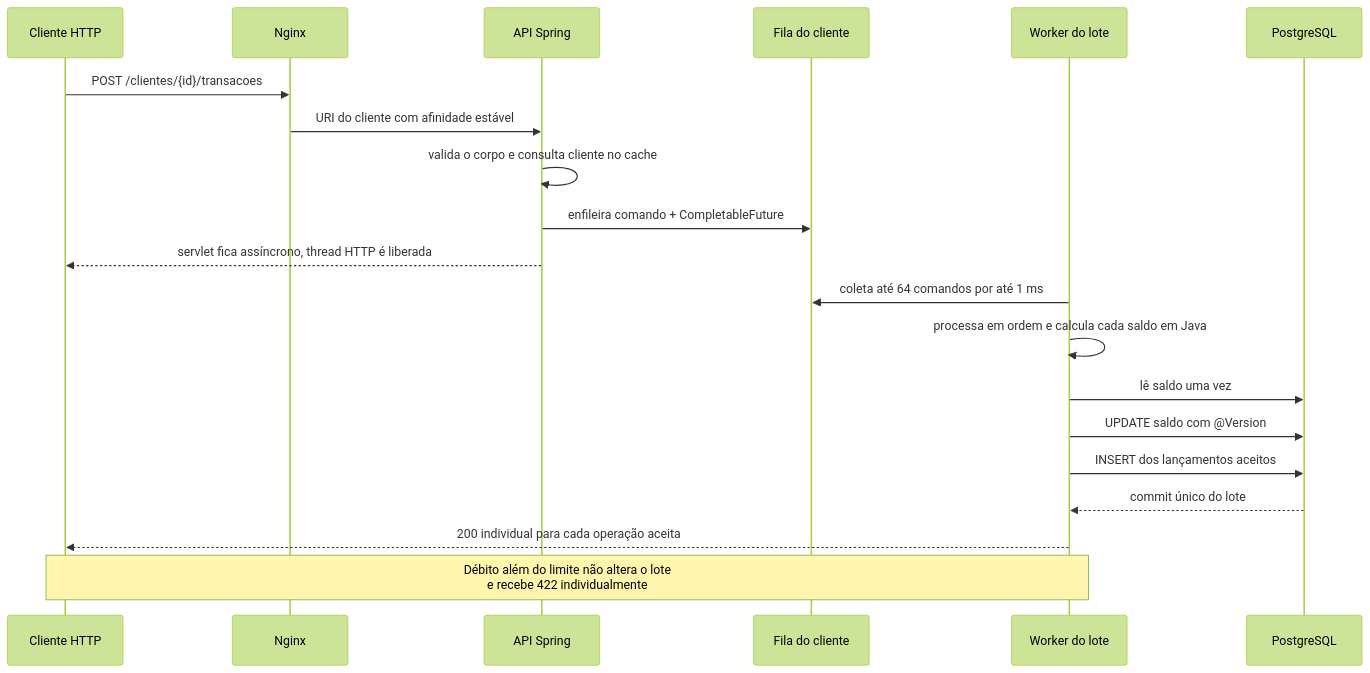
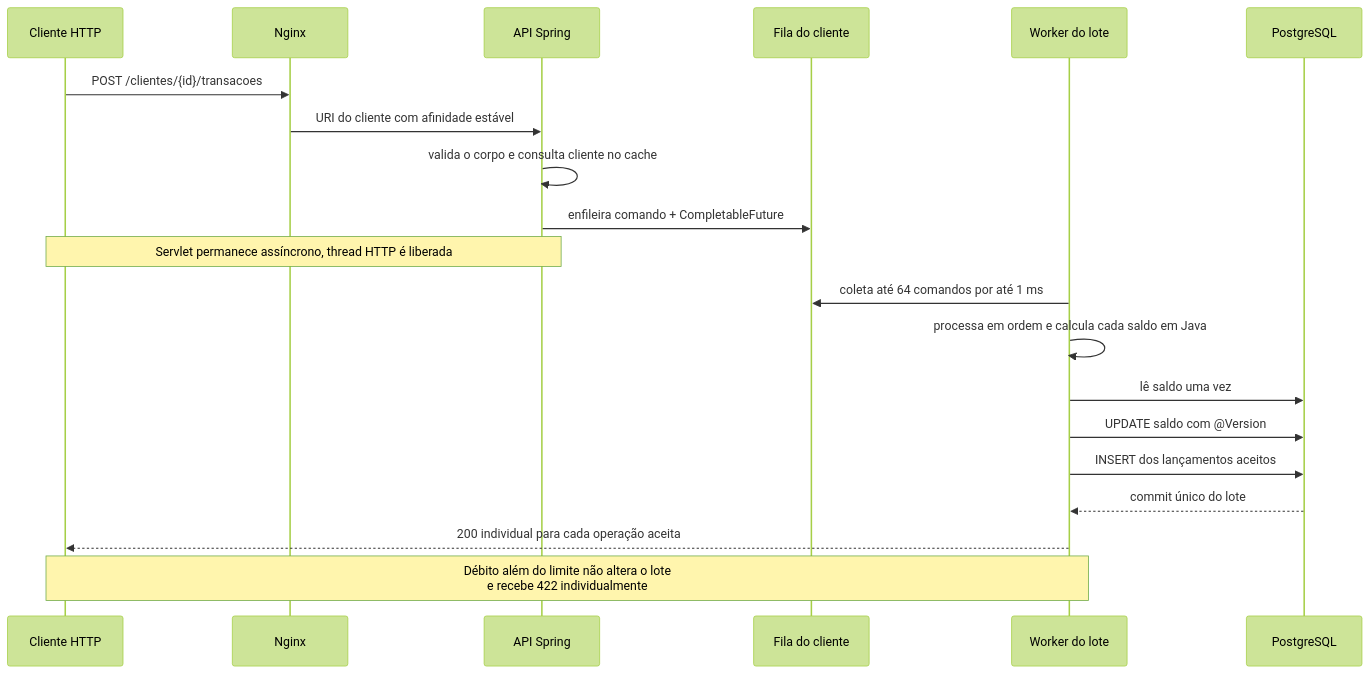
Before and after one commit to romjunior/minha-rinha-app-q1-2024-spring: the third of 5 diagrams in README.md, drawn with Mermaid (forest theme). The commit also changed other lines of this file, not shown here.

Commit message:
adição de mermaid nos fluxos

````diff
--- a/README.md
+++ b/README.md
@@ -90,23 +90,23 @@
 ```mermaid
 sequenceDiagram
     participant H as Cliente HTTP
     participant N as Nginx
     participant A as API Spring
     participant Q as Fila do cliente
     participant W as Worker do lote
     participant D as PostgreSQL
 
     H->>N: POST /clientes/{id}/transacoes
     N->>A: URI do cliente com afinidade estável
     A->>A: valida o corpo e consulta cliente no cache
     A->>Q: enfileira comando + CompletableFuture
-    A-->>H: servlet fica assíncrono, thread HTTP é liberada
+    Note over A,H: Servlet permanece assíncrono, thread HTTP é liberada
     W->>Q: coleta até 64 comandos por até 1 ms
     W->>W: processa em ordem e calcula cada saldo em Java
     W->>D: lê saldo uma vez
     W->>D: UPDATE saldo com @Version
     W->>D: INSERT dos lançamentos aceitos
     D-->>W: commit único do lote
     W-->>H: 200 individual para cada operação aceita
     Note over W,H: Débito além do limite não altera o lote<br/>e recebe 422 individualmente
 ```
````
